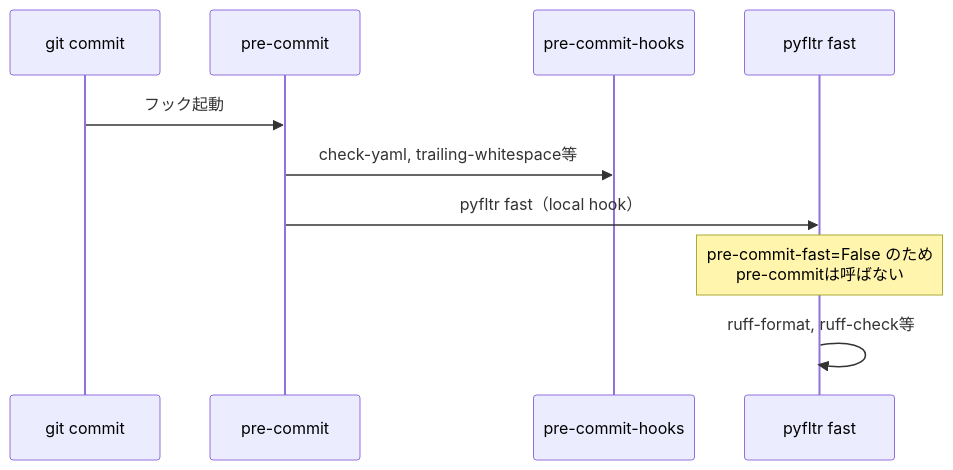
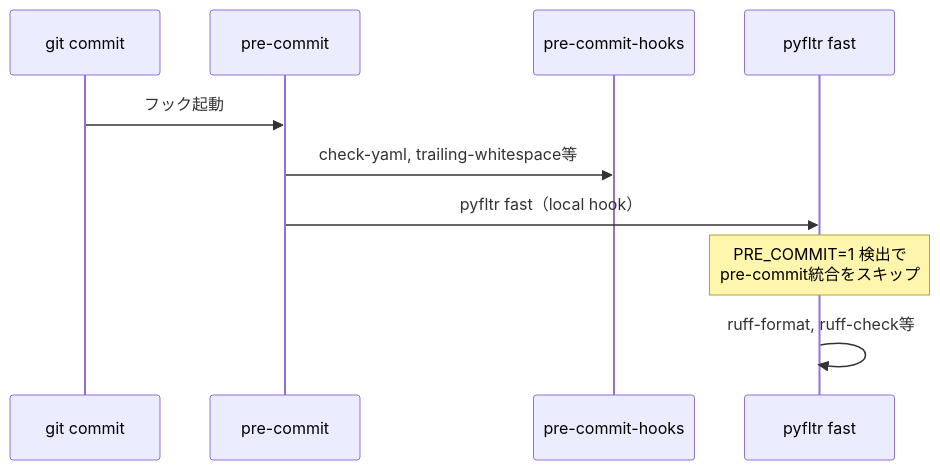
One commit to ak110/pyfltr changed the first of 3 diagrams in docs/guide/recommended.md. Above: the diagram before and after it, drawn with Mermaid. The commit also changed other lines of this file and 4 other files, not shown here.

First line of the commit message:
feat!: pre-commit-fast既定値をTrueに変更

````diff
--- a/docs/guide/recommended.md
+++ b/docs/guide/recommended.md
@@ -142,13 +142,13 @@
 ```mermaid
 sequenceDiagram
     participant U as git commit
     participant PC as pre-commit
     participant PH as pre-commit-hooks
     participant PF as pyfltr fast
 
     U->>PC: フック起動
     PC->>PH: check-yaml, trailing-whitespace等
     PC->>PF: pyfltr fast（local hook）
-    Note over PF: pre-commit-fast=False のため<br/>pre-commitは呼ばない
+    Note over PF: PRE_COMMIT=1 検出で<br/>pre-commit統合をスキップ
     PF->>PF: ruff-format, ruff-check等
 ```
````
